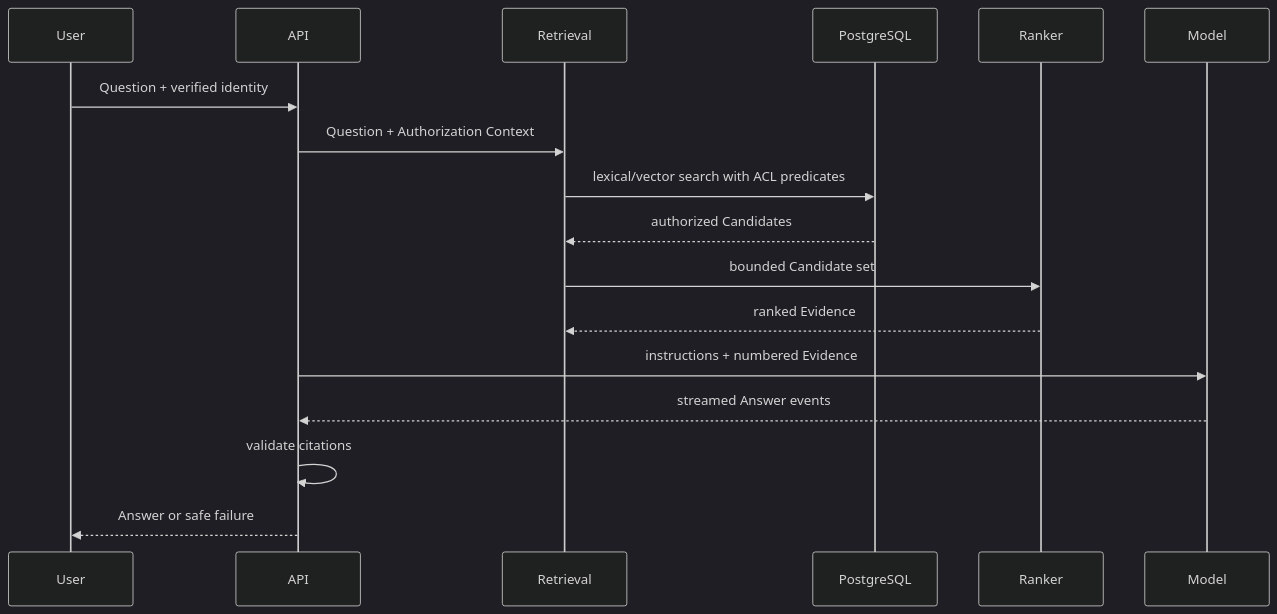
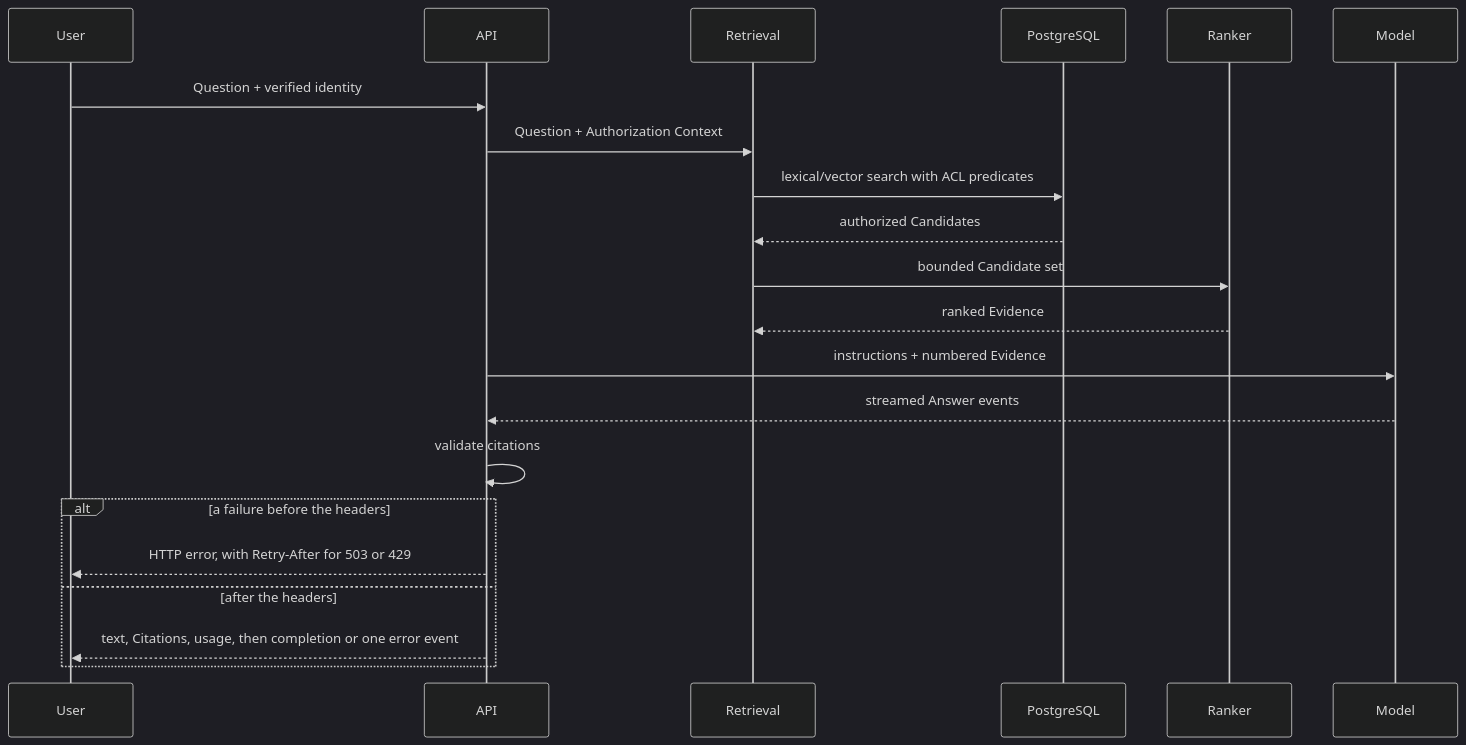
Before and after one commit to ivanverenich/knowledge-service: the tenth of 10 diagrams in docs/architecture.md, drawn with Mermaid (dark theme). The commit also changed other lines of this file and 12 other files, not shown here.

First line of the commit message:
Implement stream failure handling for before and after headers

````diff
--- a/docs/architecture.md
+++ b/docs/architecture.md
@@ -380,19 +380,23 @@
 ```mermaid
 sequenceDiagram
     participant User
     participant API
     participant Retrieval
     participant DB as PostgreSQL
     participant Ranker
     participant Model
     User->>API: Question + verified identity
     API->>Retrieval: Question + Authorization Context
     Retrieval->>DB: lexical/vector search with ACL predicates
     DB-->>Retrieval: authorized Candidates
     Retrieval->>Ranker: bounded Candidate set
     Ranker-->>Retrieval: ranked Evidence
     API->>Model: instructions + numbered Evidence
     Model-->>API: streamed Answer events
     API->>API: validate citations
-    API-->>User: Answer or safe failure
+    alt a failure before the headers
+        API-->>User: HTTP error, with Retry-After for 503 or 429
+    else after the headers
+        API-->>User: text, Citations, usage, then completion or one error event
+    end
 ```
````
